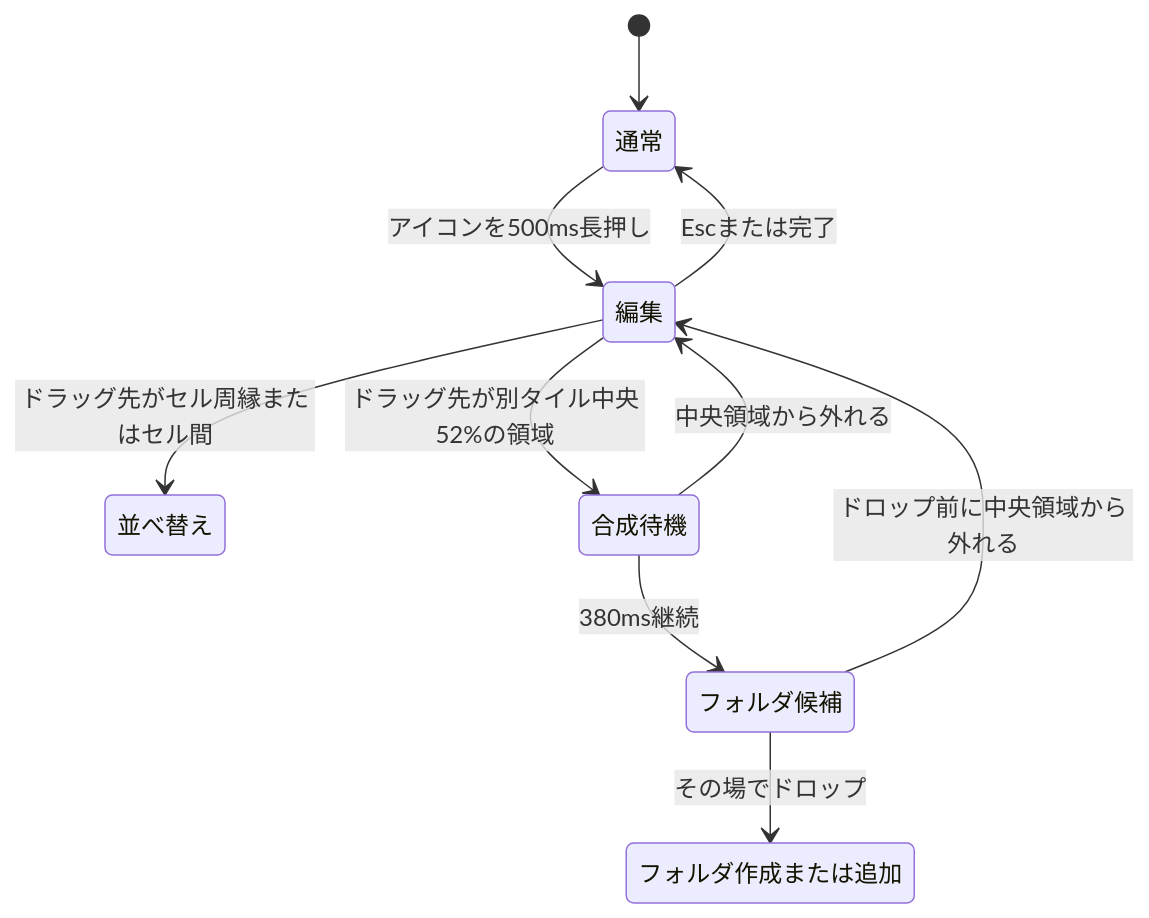
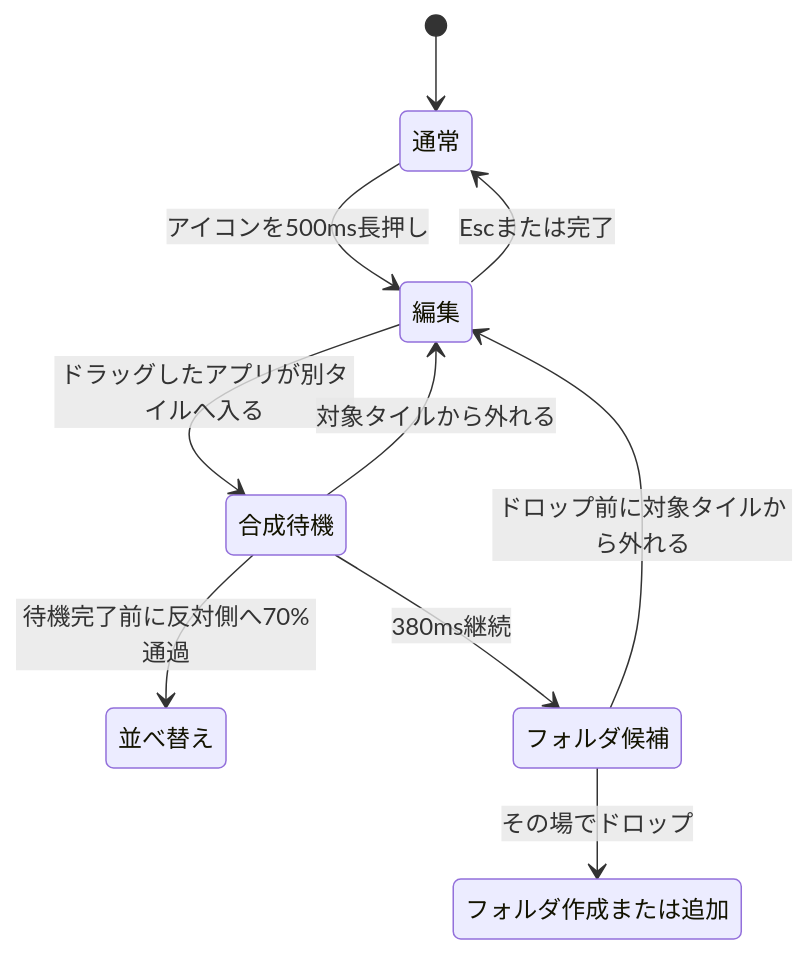
One commit to kamakiri1192/windows-launchpad-rust changed the diagram in docs/FOLDER_INTERACTION.md. Above: the diagram before and after it, drawn with Mermaid. The commit also changed other lines of this file and 10 other files, not shown here.

````diff
--- a/docs/FOLDER_INTERACTION.md
+++ b/docs/FOLDER_INTERACTION.md
@@ -26,12 +26,12 @@
 ```mermaid
 stateDiagram-v2
     [*] --> 通常
     通常 --> 編集: アイコンを500ms長押し
-    編集 --> 並べ替え: ドラッグ先がセル周縁またはセル間
-    編集 --> 合成待機: ドラッグ先が別タイル中央52%の領域
-    合成待機 --> 編集: 中央領域から外れる
+    編集 --> 合成待機: ドラッグしたアプリが別タイルへ入る
+    合成待機 --> 並べ替え: 待機完了前に反対側へ70%通過
+    合成待機 --> 編集: 対象タイルから外れる
     合成待機 --> フォルダ候補: 380ms継続
     フォルダ候補 --> フォルダ作成または追加: その場でドロップ
-    フォルダ候補 --> 編集: ドロップ前に中央領域から外れる
+    フォルダ候補 --> 編集: ドロップ前に対象タイルから外れる
     編集 --> 通常: Escまたは完了
 ```
````
